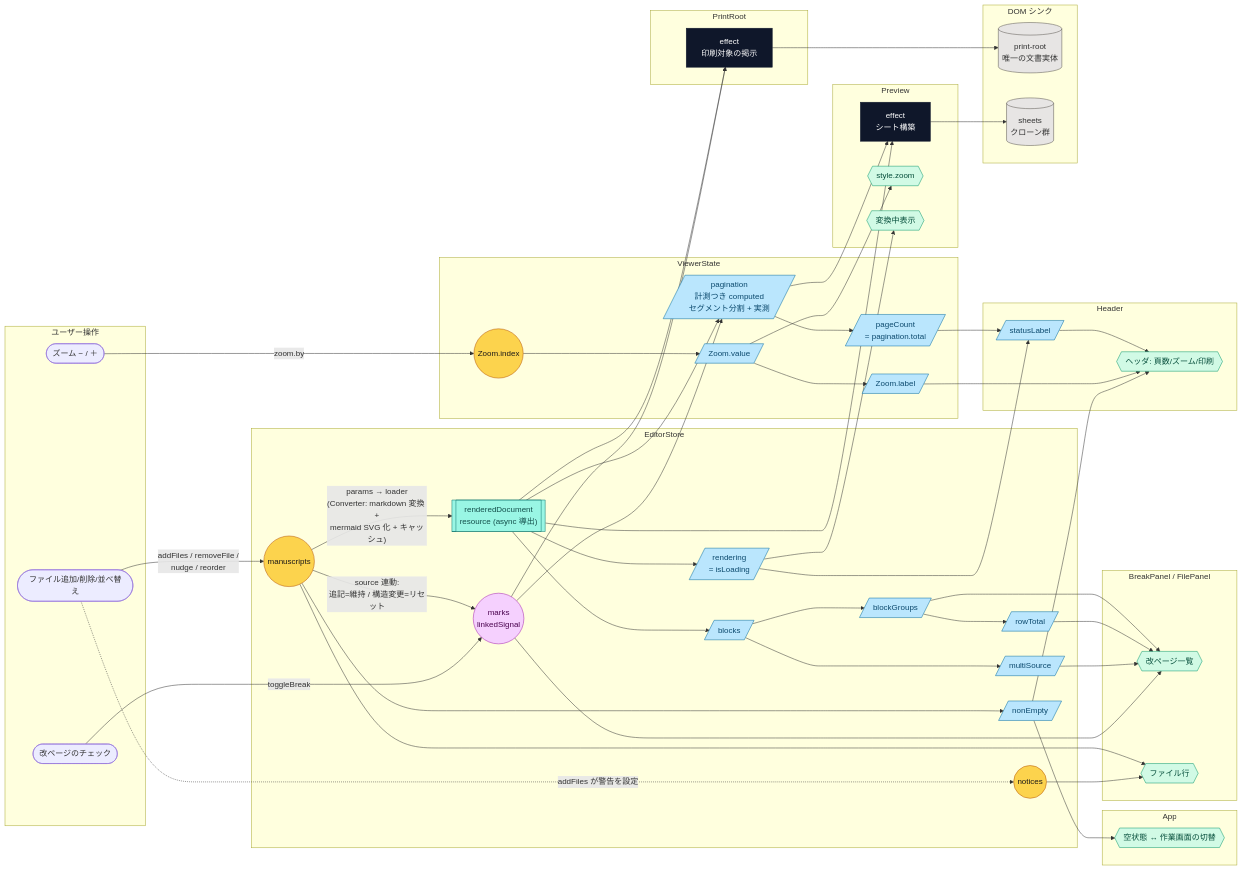
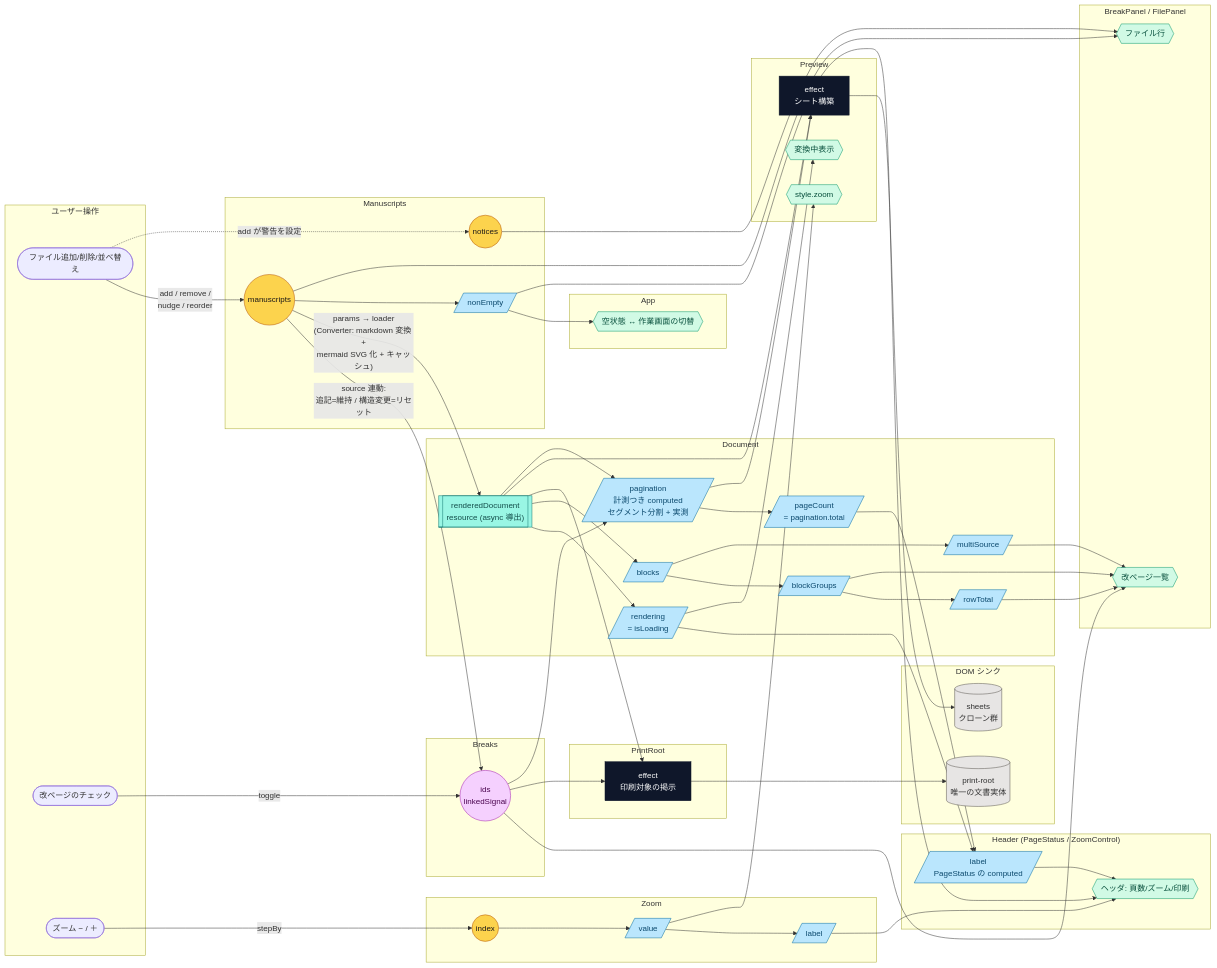
Before and after one commit to lacolaco/printmd: the diagram in docs/signal-graph.md, drawn with Mermaid. The commit also changed other lines of this file and 44 other files, not shown here.

```diff
--- a/docs/signal-graph.md
+++ b/docs/signal-graph.md
@@ -17,29 +17,35 @@
     A3([ズーム − / ＋])
   end
 
-  subgraph Store["EditorStore"]
+  subgraph ManuscriptsS["Manuscripts"]
     S1((manuscripts))
-    S2((marks<br/>linkedSignal))
+    S5((notices))
+    C1[/nonEmpty/]
+  end
+
+  subgraph BreaksS["Breaks"]
+    S2((ids<br/>linkedSignal))
+  end
+
+  subgraph DocumentS["Document"]
     S4[["renderedDocument<br/>resource (async 導出)"]]
     S3[/rendering<br/>= isLoading/]
-    S5((notices))
-    C1[/nonEmpty/]
     C2[/blocks/]
     C3[/blockGroups/]
     C4[/rowTotal/]
     C5[/multiSource/]
+    V3[/pagination<br/>計測つき computed<br/>セグメント分割 + 実測/]
+    V2[/pageCount<br/>= pagination.total/]
   end
 
-  subgraph Viewer["ViewerState"]
-    V1((Zoom.index))
-    V3[/pagination<br/>計測つき computed<br/>セグメント分割 + 実測/]
-    V2[/pageCount<br/>= pagination.total/]
-    VC1[/Zoom.value/]
-    VC2[/Zoom.label/]
+  subgraph ZoomS["Zoom"]
+    V1((index))
+    VC1[/value/]
+    VC2[/label/]
   end
 
-  subgraph HeaderC["Header"]
-    HC1[/statusLabel/]
+  subgraph HeaderC["Header (PageStatus / ZoomControl)"]
+    HC1[/label<br/>PageStatus の computed/]
     T1{{ヘッダ: 頁数/ズーム/印刷}}
   end
 
@@ -67,14 +73,14 @@
     D2[(sheets<br/>クローン群)]
   end
 
-  A1 -- "addFiles / removeFile /<br/>nudge / reorder" --> S1
+  A1 -- "add / remove /<br/>nudge / reorder" --> S1
   S1 -- "source 連動:<br/>追記=維持 / 構造変更=リセット" --> S2
-  A2 -- toggleBreak --> S2
-  A3 -- zoom.by --> V1
+  A2 -- toggle --> S2
+  A3 -- stepBy --> V1
 
   S1 -- "params → loader<br/>(Converter: markdown 変換 +<br/>mermaid SVG 化 + キャッシュ)" --> S4
   S4 --> S3
-  A1 -. "addFiles が警告を設定" .-> S5
+  A1 -. "add が警告を設定" .-> S5
 
   S1 --> C1
   S4 --> C2
```
